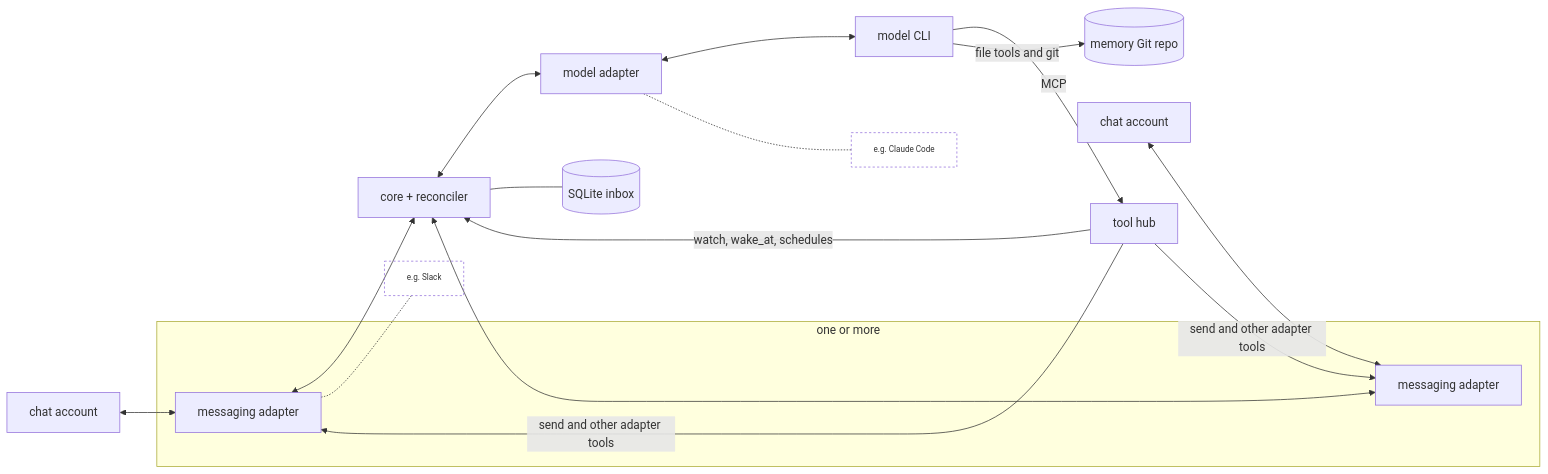
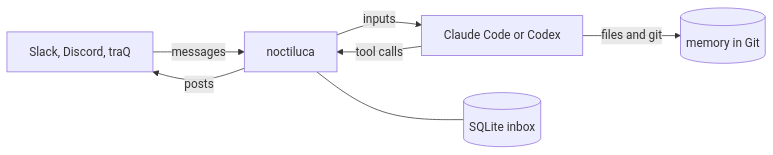
The diagram in README.md (motoki317/noctiluca), drawn with Mermaid before and after one commit. The commit also changed other lines of this file and 11 other files, not shown here.

````diff
--- a/README.md
+++ b/README.md
@@ -7,18 +13,9 @@
 ```mermaid
 flowchart LR
-  P1[chat account] <--> MA1
-  P2[chat account] <--> MA2
-  subgraph MA[one or more]
-    MA1[messaging adapter]
-    MA2[messaging adapter]
-  end
-  MA1 & MA2 <--> Core[core + reconciler] <--> Model[model adapter] <--> CLI[model CLI]
-  Core --- DB[(SQLite inbox)]
-  CLI -->|MCP| Hub[tool hub]
-  Hub -->|watch, wake_at, schedules| Core
-  Hub -->|send and other adapter tools| MA1 & MA2
-  CLI -->|file tools and git| Mem[(memory Git repo)]
-  MA1 -.- E1[e.g. Slack]:::example
-  Model -.- E2[e.g. Claude Code]:::example
-  classDef example font-size:11px,fill:none,stroke-dasharray:3 3
+  Chat[Slack, Discord, traQ] -->|messages| N[noctiluca]
+  N -->|inputs| CLI[Claude Code or Codex]
+  CLI -->|tool calls| N
+  N -->|posts| Chat
+  N --- DB[(SQLite inbox)]
+  CLI -->|files and git| Mem[(memory in Git)]
 ```
````
